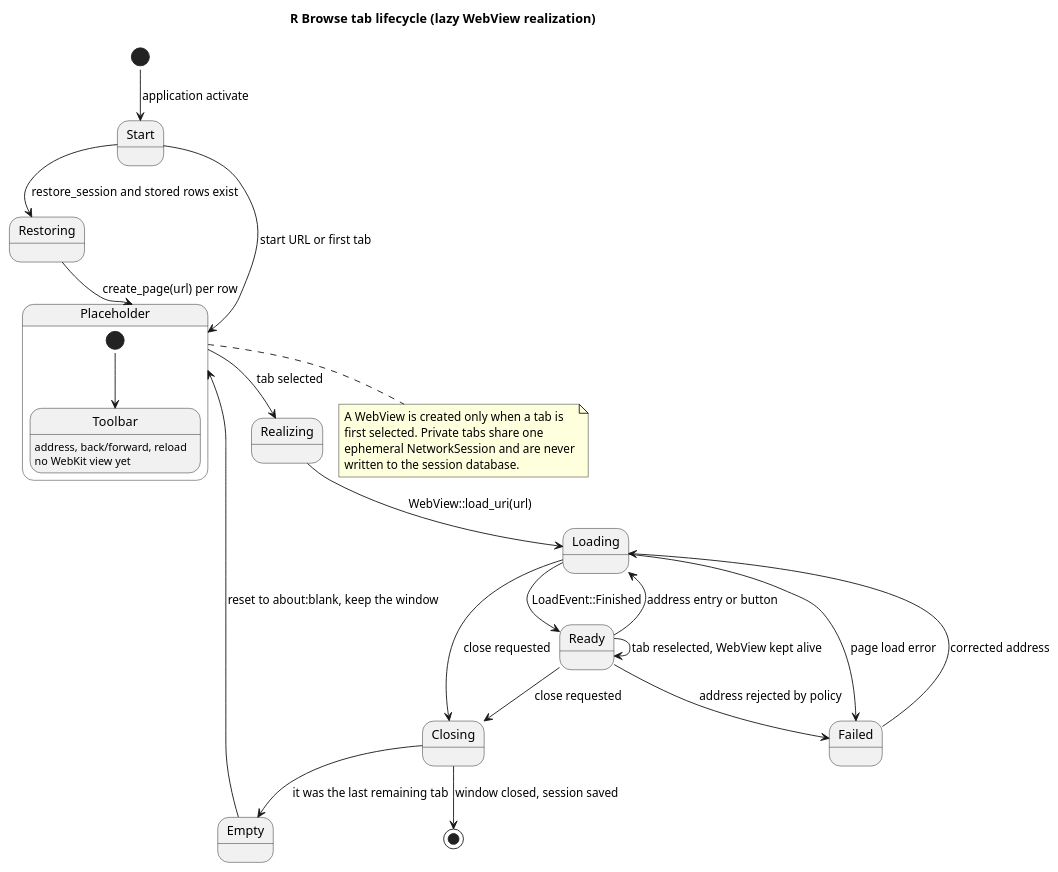
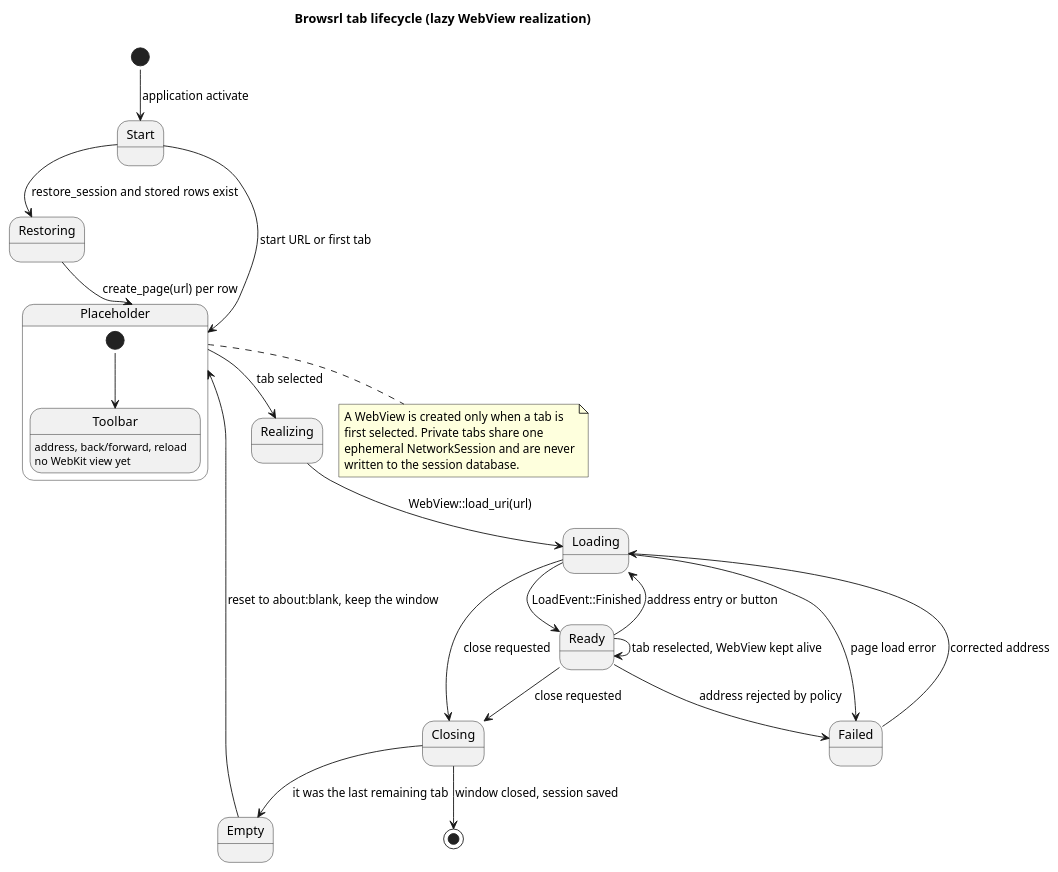
Before and after one commit to mariobgsp/browsrl: the diagram in diagrams/tab-lifecycle.puml, drawn with PlantUML. The commit also changed 29 other files, not shown here.

```diff
--- a/diagrams/tab-lifecycle.puml
+++ b/diagrams/tab-lifecycle.puml
@@ -1,35 +1,35 @@
 @startuml
 !pragma layout smetana
-title R Browse tab lifecycle (lazy WebView realization)
+title Browsrl tab lifecycle (lazy WebView realization)
 
 [*] --> Start : application activate
 Start --> Restoring : restore_session and stored rows exist
 Start --> Placeholder : start URL or first tab
 Restoring --> Placeholder : create_page(url) per row
 
 state Placeholder {
   [*] --> Toolbar
   Toolbar : address, back/forward, reload\nno WebKit view yet
 }
 
 Placeholder --> Realizing : tab selected
 Realizing --> Loading : WebView::load_uri(url)
 Loading --> Ready : LoadEvent::Finished
 Loading --> Failed : page load error
 Ready --> Failed : address rejected by policy
 Failed --> Loading : corrected address
 Ready --> Ready : tab reselected, WebView kept alive
 Ready --> Loading : address entry or button
 Ready --> Closing : close requested
 Loading --> Closing : close requested
 Closing --> Empty : it was the last remaining tab
 Empty --> Placeholder : reset to about:blank, keep the window
 Closing --> [*] : window closed, session saved
 
 note bottom of Placeholder
   A WebView is created only when a tab is
   first selected. Private tabs share one
   ephemeral NetworkSession and are never
   written to the session database.
 end note
 @enduml
```
